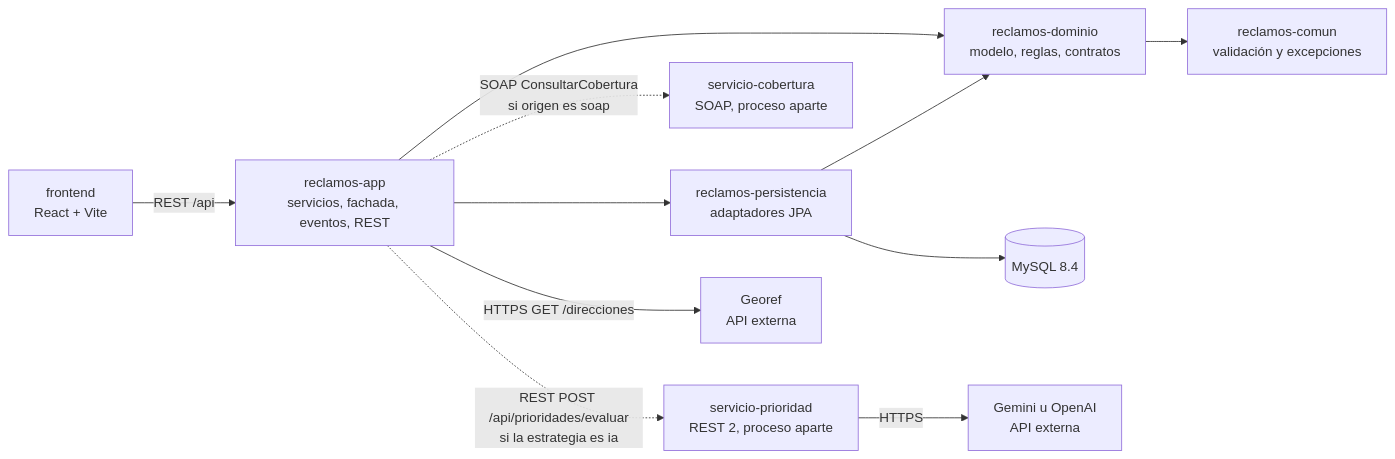
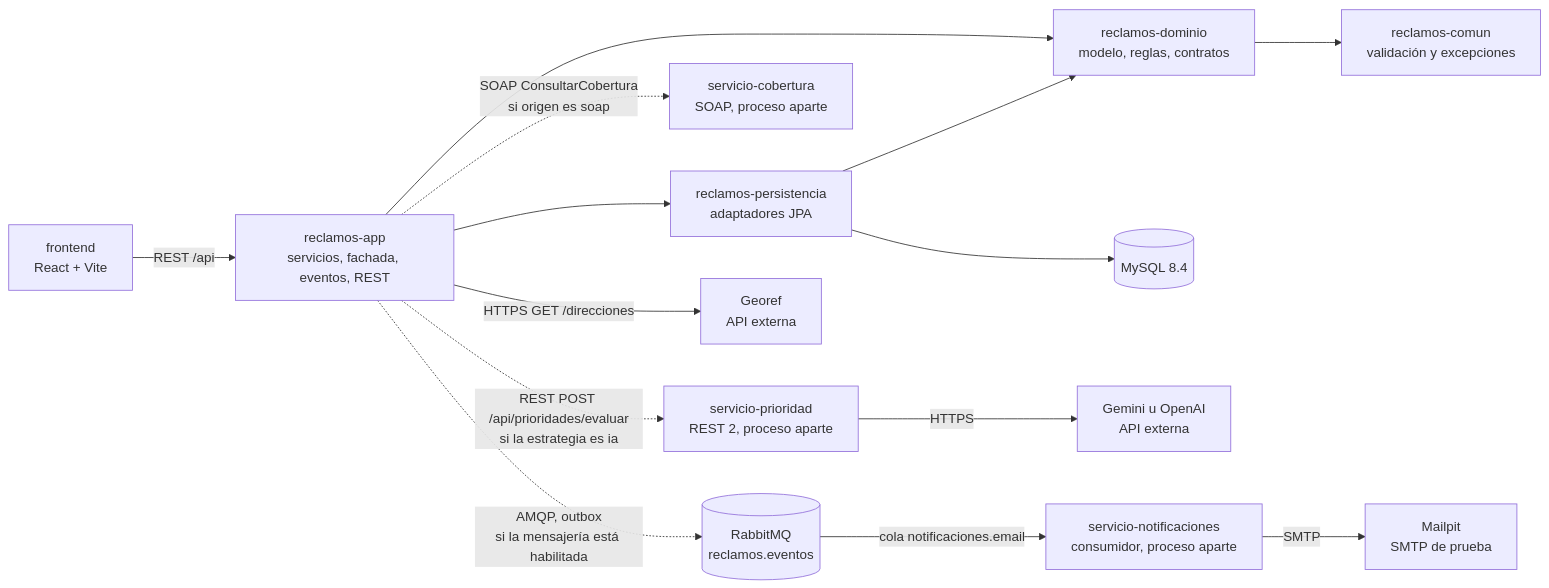
One commit to SanTegli/DesarrolloAppsIIGrupo10 changed the second of 6 diagrams in docs/arquitectura.md. Above: the diagram before and after it, drawn with Mermaid. The commit also changed other lines of this file and 65 other files, not shown here.

First line of the commit message:
feat: enviar notificaciones por correo mediante RabbitMQ y patrón outbox

````diff
--- a/docs/arquitectura.md
+++ b/docs/arquitectura.md
@@ -80,24 +80,30 @@
 ```mermaid
 flowchart LR
   FE["frontend<br/>React + Vite"]
   APP["reclamos-app<br/>servicios, fachada, eventos, REST"]
   PERS["reclamos-persistencia<br/>adaptadores JPA"]
   DOM["reclamos-dominio<br/>modelo, reglas, contratos"]
   COM["reclamos-comun<br/>validación y excepciones"]
   MYSQL[("MySQL 8.4")]
   COB["servicio-cobertura<br/>SOAP, proceso aparte"]
   PRI["servicio-prioridad<br/>REST 2, proceso aparte"]
   LLM["Gemini u OpenAI<br/>API externa"]
   GEO["Georef<br/>API externa"]
+  MQ[("RabbitMQ<br/>reclamos.eventos")]
+  NOT["servicio-notificaciones<br/>consumidor, proceso aparte"]
+  MAIL["Mailpit<br/>SMTP de prueba"]
 
   FE -->|"REST /api"| APP
   APP --> PERS
   APP --> DOM
   PERS --> DOM
   DOM --> COM
   PERS --> MYSQL
   APP -.->|"SOAP ConsultarCobertura<br/>si origen es soap"| COB
   APP -.->|"REST POST /api/prioridades/evaluar<br/>si la estrategia es ia"| PRI
   PRI -->|"HTTPS"| LLM
   APP -->|"HTTPS GET /direcciones"| GEO
+  APP -.->|"AMQP, outbox<br/>si la mensajería está habilitada"| MQ
+  MQ -->|"cola notificaciones.email"| NOT
+  NOT -->|"SMTP"| MAIL
 ```
````
